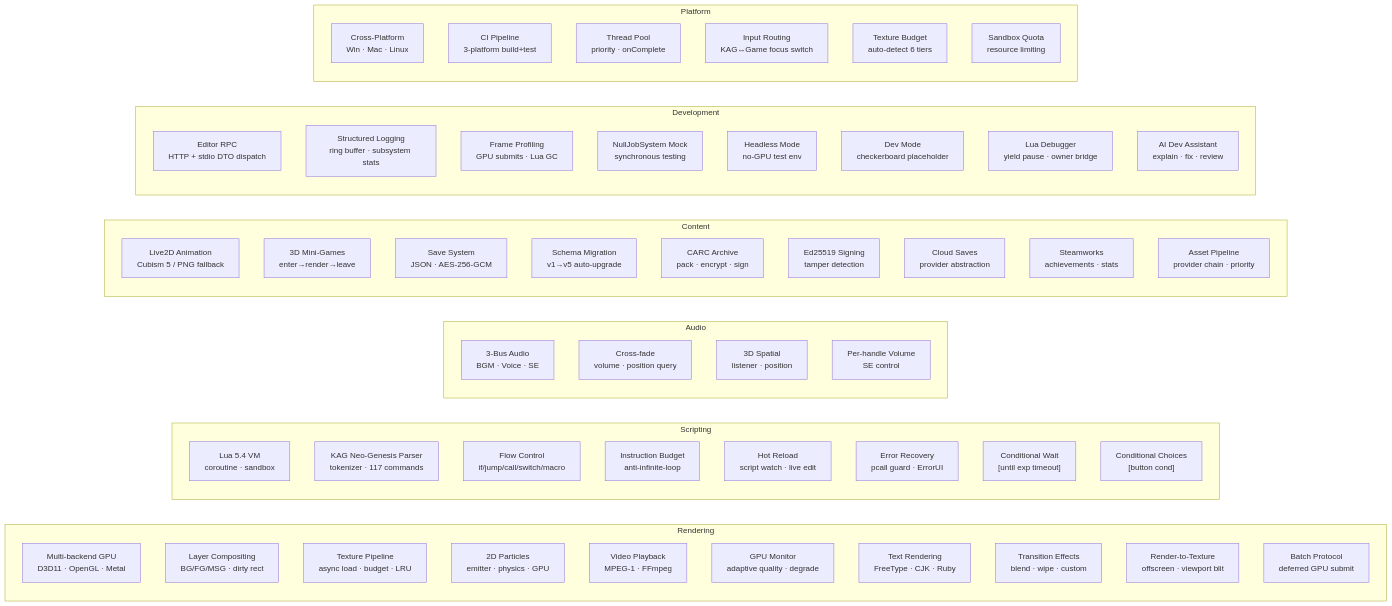
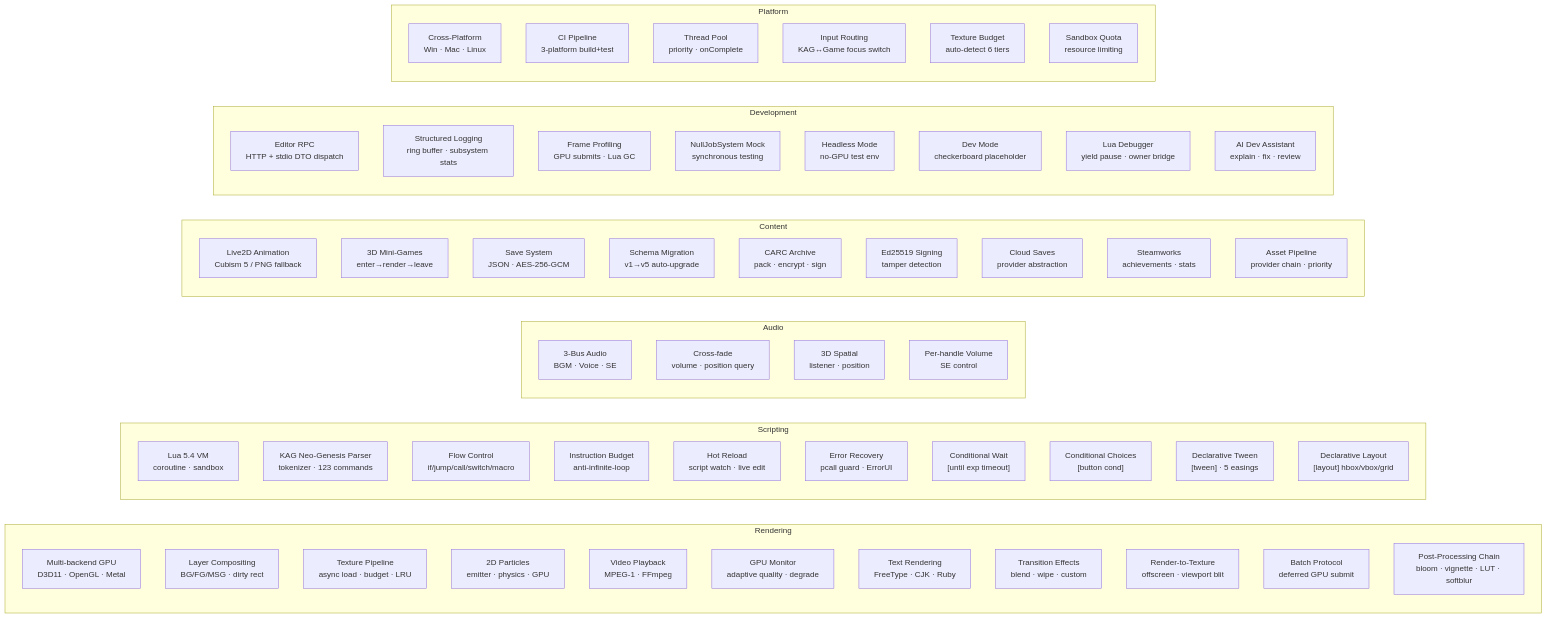
One commit to ailiasdesu/Caesura-AmeKAG changed the diagram in docs/design/engine-capability-matrix.md. Above: the diagram before and after it, drawn with Mermaid. The commit also changed other lines of this file and 24 other files, not shown here.

````diff
--- a/docs/design/engine-capability-matrix.md
+++ b/docs/design/engine-capability-matrix.md
@@ -17,65 +17,68 @@
 ```mermaid
 graph LR
     subgraph "Rendering"
         r1["Multi-backend GPU<br/>D3D11 · OpenGL · Metal"]
         r2["Layer Compositing<br/>BG/FG/MSG · dirty rect"]
         r3["Texture Pipeline<br/>async load · budget · LRU"]
         r4["2D Particles<br/>emitter · physics · GPU"]
         r5["Video Playback<br/>MPEG-1 · FFmpeg"]
         r6["GPU Monitor<br/>adaptive quality · degrade"]
         r7["Text Rendering<br/>FreeType · CJK · Ruby"]
         r8["Transition Effects<br/>blend · wipe · custom"]
         r9["Render-to-Texture<br/>offscreen · viewport blit"]
         r10["Batch Protocol<br/>deferred GPU submit"]
+        r11["Post-Processing Chain<br/>bloom · vignette · LUT · softblur"]
     end
 
     subgraph "Scripting"
         s1["Lua 5.4 VM<br/>coroutine · sandbox"]
-        s2["KAG Neo-Genesis Parser<br/>tokenizer · 117 commands"]
+        s2["KAG Neo-Genesis Parser<br/>tokenizer · 123 commands"]
         s3["Flow Control<br/>if/jump/call/switch/macro"]
         s4["Instruction Budget<br/>anti-infinite-loop"]
         s5["Hot Reload<br/>script watch · live edit"]
         s6["Error Recovery<br/>pcall guard · ErrorUI"]
         s7["Conditional Wait<br/>[until exp timeout]"]
         s8["Conditional Choices<br/>[button cond]"]
+        s13["Declarative Tween<br/>[tween] · 5 easings"]
+        s14["Declarative Layout<br/>[layout] hbox/vbox/grid"]
     end
 
     subgraph "Audio"
         a1["3-Bus Audio<br/>BGM · Voice · SE"]
         a2["Cross-fade<br/>volume · position query"]
         a3["3D Spatial<br/>listener · position"]
         a4["Per-handle Volume<br/>SE control"]
     end
 
     subgraph "Content"
         c1["Live2D Animation<br/>Cubism 5 / PNG fallback"]
         c2["3D Mini-Games<br/>enter→render→leave"]
         c3["Save System<br/>JSON · AES-256-GCM"]
         c4["Schema Migration<br/>v1→v5 auto-upgrade"]
         c5["CARC Archive<br/>pack · encrypt · sign"]
         c6["Ed25519 Signing<br/>tamper detection"]
         c7["Cloud Saves<br/>provider abstraction"]
         c8["Steamworks<br/>achievements · stats"]
         c9["Asset Pipeline<br/>provider chain · priority"]
     end
 
     subgraph "Development"
         d1["Editor RPC<br/>HTTP + stdio DTO dispatch"]
         d2["Structured Logging<br/>ring buffer · subsystem stats"]
         d3["Frame Profiling<br/>GPU submits · Lua GC"]
         d4["NullJobSystem Mock<br/>synchronous testing"]
         d5["Headless Mode<br/>no-GPU test env"]
         d6["Dev Mode<br/>checkerboard placeholder"]
         d7["Lua Debugger<br/>yield pause · owner bridge"]
         d8["AI Dev Assistant<br/>explain · fix · review"]
     end
 
     subgraph "Platform"
         p1["Cross-Platform<br/>Win · Mac · Linux"]
         p2["CI Pipeline<br/>3-platform build+test"]
         p3["Thread Pool<br/>priority · onComplete"]
         p4["Input Routing<br/>KAG↔Game focus switch"]
         p5["Texture Budget<br/>auto-detect 6 tiers"]
         p6["Sandbox Quota<br/>resource limiting"]
     end
 ```
````
